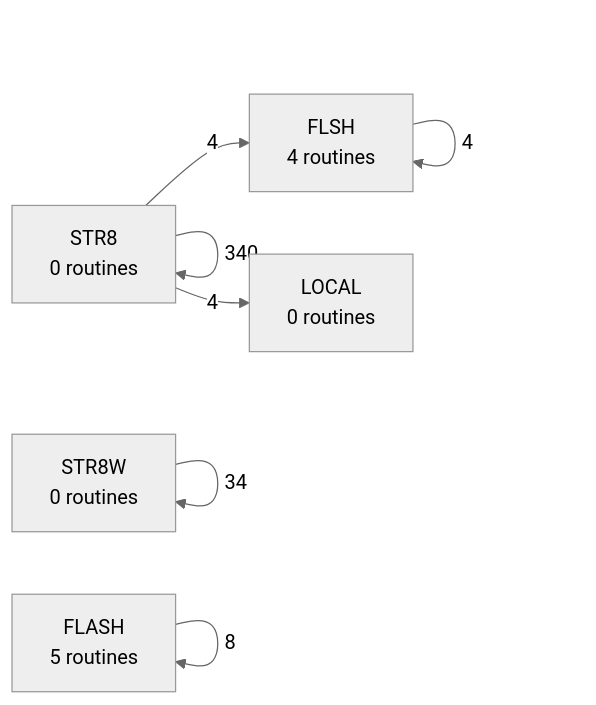
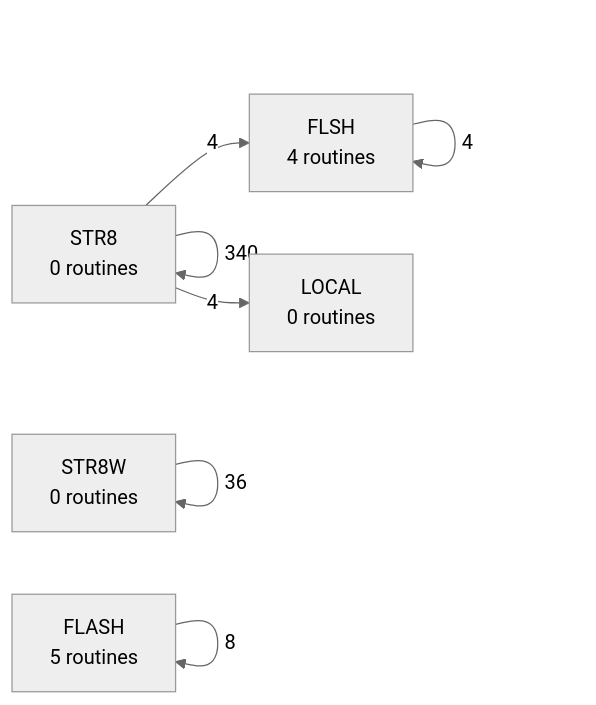
The fifth of 6 diagrams in DOC/GENERATED/ROUTINE_PREFIX_MAP.md (95westus/R-YORS), drawn with Mermaid (neutral theme) before and after one commit. The commit also changed other lines of this file and 20 other files, not shown here.

````diff
--- a/DOC/GENERATED/ROUTINE_PREFIX_MAP.md
+++ b/DOC/GENERATED/ROUTINE_PREFIX_MAP.md
@@ -79,9 +79,9 @@
 ```mermaid
 flowchart LR
     P_STR8["STR8<br/>0 routines"] -->|340| P_STR8["STR8<br/>0 routines"]
-    P_STR8W["STR8W<br/>0 routines"] -->|34| P_STR8W["STR8W<br/>0 routines"]
+    P_STR8W["STR8W<br/>0 routines"] -->|36| P_STR8W["STR8W<br/>0 routines"]
     P_FLASH["FLASH<br/>5 routines"] -->|8| P_FLASH["FLASH<br/>5 routines"]
     P_FLSH["FLSH<br/>4 routines"] -->|4| P_FLSH["FLSH<br/>4 routines"]
     P_STR8["STR8<br/>0 routines"] -->|4| P_FLSH["FLSH<br/>4 routines"]
     P_STR8["STR8<br/>0 routines"] -->|4| P_LOCAL["LOCAL<br/>0 routines"]
 ```
````
